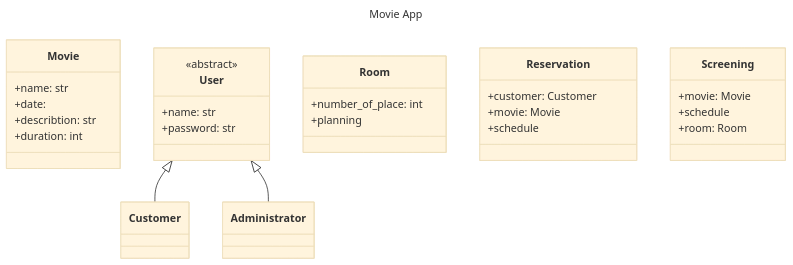
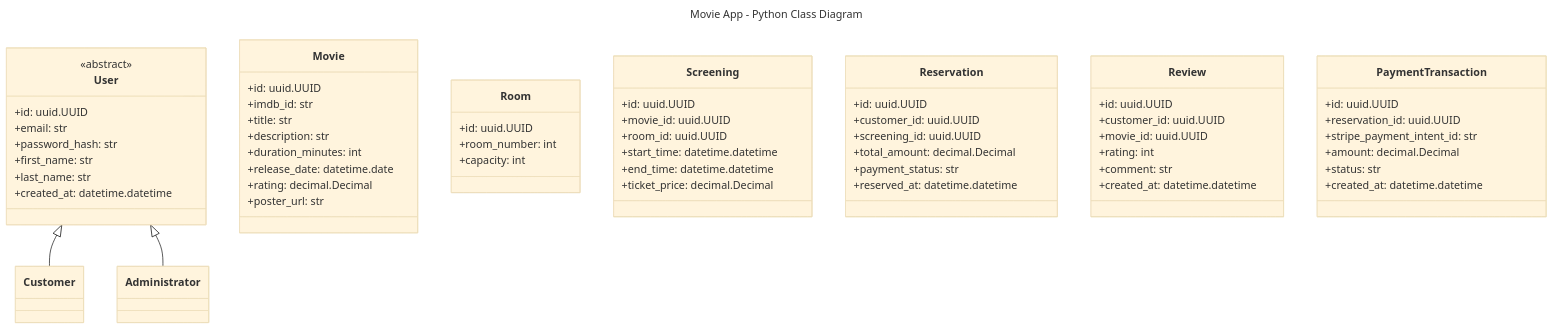
The diagram in doc/class_diagram.md (mdeniard/ensai-it-project-2a-team-4), drawn with Mermaid (base theme) before and after one commit. The commit also changed 2 other files, not shown here.

Commit message:
Work on the data model, architecture diagram and API

````diff
--- a/doc/class_diagram.md
+++ b/doc/class_diagram.md
@@ -1,47 +1,77 @@
 ```mermaid
 ---
-title: Movie App
+title: Movie App - Python Class Diagram
 ---
 classDiagram
-    class Movie{
-        +name: str
-        +date: 
-        +describtion: str
-        +duration: int
-    }
-    
-    class User{
+    class User {
         <<abstract>>
-        +name: str
-        +password: str
+        +id: uuid.UUID
+        +email: str
+        +password_hash: str
+        +first_name: str
+        +last_name: str
+        +created_at: datetime.datetime
     }
 
     class Customer {
     }
 
     class Administrator {
     }
-
+    
     User <|-- Customer
     User <|-- Administrator
 
-    class Room{
-        +number_of_place: int
-        +planning
+    class Movie {
+        +id: uuid.UUID
+        +imdb_id: str
+        +title: str
+        +description: str
+        +duration_minutes: int
+        +release_date: datetime.date
+        +rating: decimal.Decimal
+        +poster_url: str
     }
 
-    class Reservation{
-        +customer: Customer
-        +movie: Movie
-        +schedule
+    class Room {
+        +id: uuid.UUID
+        +room_number: int
+        +capacity: int
     }
 
-    class Screening{
-        +movie: Movie
-        +schedule
-        +room: Room
+    class Screening {
+        +id: uuid.UUID
+        +movie_id: uuid.UUID
+        +room_id: uuid.UUID
+        +start_time: datetime.datetime
+        +end_time: datetime.datetime
+        +ticket_price: decimal.Decimal
     }
 
+    class Reservation {
+        +id: uuid.UUID
+        +customer_id: uuid.UUID
+        +screening_id: uuid.UUID
+        +total_amount: decimal.Decimal
+        +payment_status: str
+        +reserved_at: datetime.datetime
+    }
 
+    class Review {
+        +id: uuid.UUID
+        +customer_id: uuid.UUID
+        +movie_id: uuid.UUID
+        +rating: int
+        +comment: str
+        +created_at: datetime.datetime
+    }
 
+    class PaymentTransaction {
+        +id: uuid.UUID
+        +reservation_id: uuid.UUID
+        +stripe_payment_intent_id: str
+        +amount: decimal.Decimal
+        +status: str
+        +created_at: datetime.datetime
+    }
 ```
````
